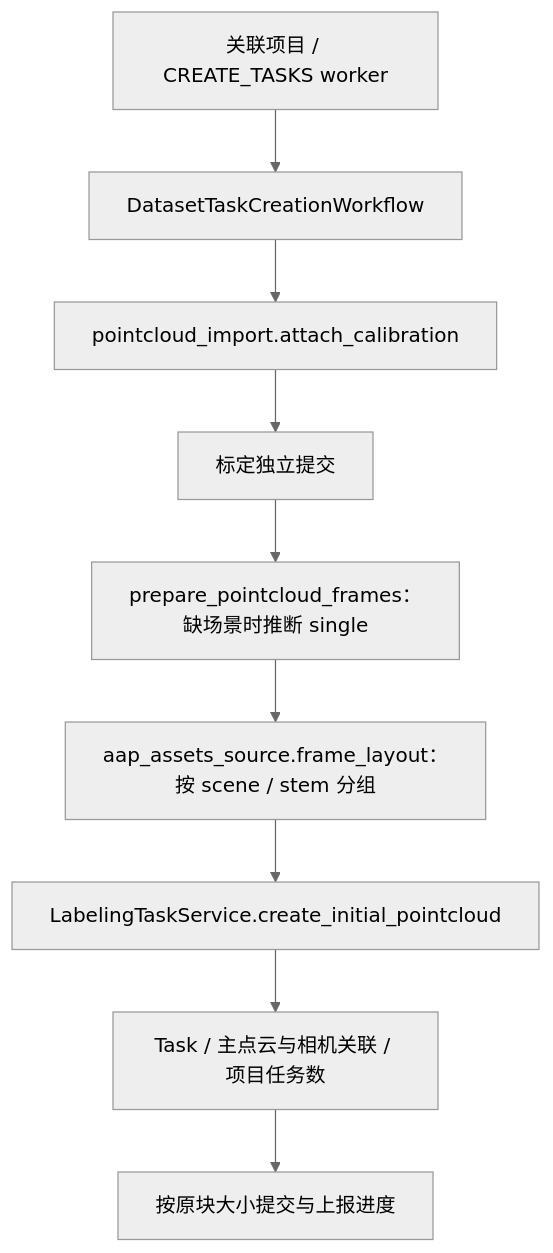
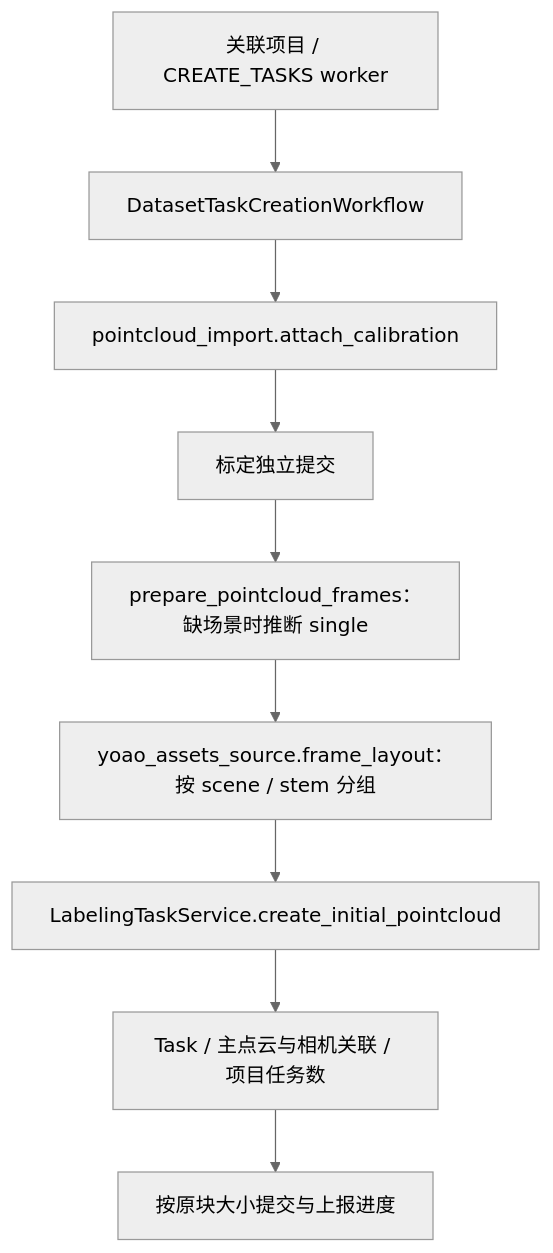
The diagram in docs-site/dev/reference/point-cloud-data-model.md (YOAO-Labs/ai-annotation-platform), drawn with Mermaid (neutral theme) before and after one commit. The commit also changed 63 other files, not shown here.

````diff
--- a/docs-site/dev/reference/point-cloud-data-model.md
+++ b/docs-site/dev/reference/point-cloud-data-model.md
@@ -96,11 +96,11 @@
 ```mermaid
 flowchart TD
     Entry["关联项目 / CREATE_TASKS worker"] --> Workflow["DatasetTaskCreationWorkflow"]
     Workflow --> Calibration["pointcloud_import.attach_calibration"]
     Calibration --> Commit["标定独立提交"]
     Commit --> Prepare["prepare_pointcloud_frames：缺场景时推断 single"]
-    Prepare --> Group["aap_assets_source.frame_layout：按 scene / stem 分组"]
+    Prepare --> Group["yoao_assets_source.frame_layout：按 scene / stem 分组"]
     Group --> Labeling["LabelingTaskService.create_initial_pointcloud"]
     Labeling --> Writes["Task / 主点云与相机关联 / 项目任务数"]
     Writes --> Chunk["按原块大小提交与上报进度"]
 ```
````
